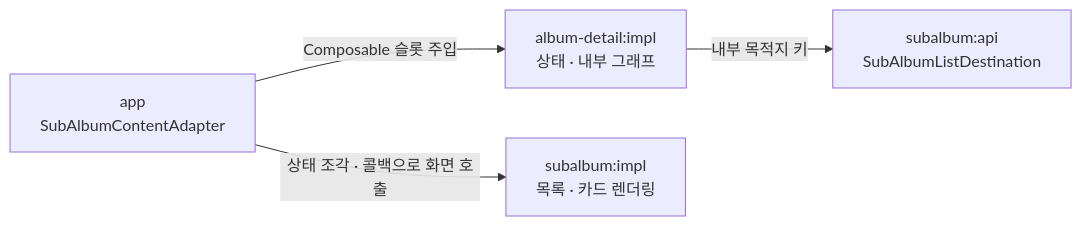
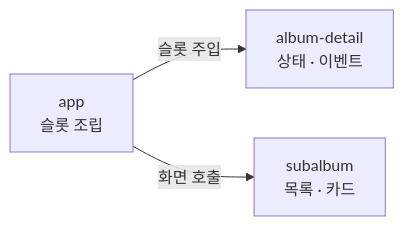
The second of 2 diagrams in README.md (Momentwo/Momentwo), drawn with Mermaid before and after one commit. The commit also changed other lines of this file, not shown here.

Commit message:
docs: README 모듈 구조도 간소화

````diff
--- a/README.md
+++ b/README.md
@@ -333,11 +310,9 @@
 ```mermaid
 flowchart LR
-    app["app<br/>SubAlbumContentAdapter"]
-    detail["album-detail:impl<br/>상태 · 내부 그래프"]
-    subapi["subalbum:api<br/>SubAlbumListDestination"]
-    subimpl["subalbum:impl<br/>목록 · 카드 렌더링"]
+    app["app<br/>슬롯 조립"]
+    detail["album-detail<br/>상태 · 이벤트"]
+    subalbum["subalbum<br/>목록 · 카드"]
 
-    app -->|"Composable 슬롯 주입"| detail
-    app -->|"상태 조각 · 콜백으로 화면 호출"| subimpl
-    detail -->|"내부 목적지 키"| subapi
+    app -->|"슬롯 주입"| detail
+    app -->|"화면 호출"| subalbum
 ```
````
